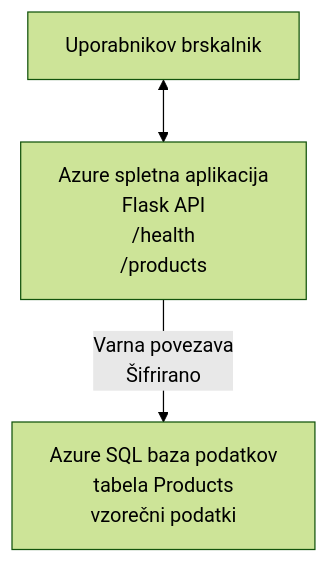
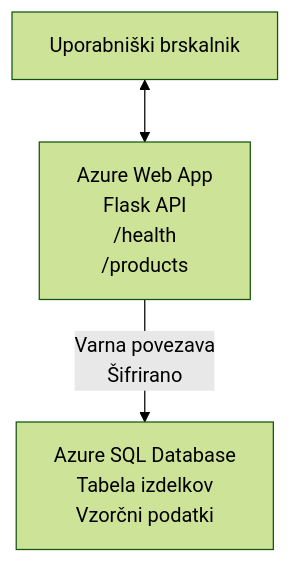
Before and after one commit to microsoft/AZD-for-beginners: the diagram in translations/sl/examples/database-app/README.md, drawn with Mermaid (forest theme). The commit also changed other lines of this file and 101 other files, not shown here.

````diff
--- a/translations/sl/examples/database-app/README.md
+++ b/translations/sl/examples/database-app/README.md
@@ -72,5 +72,5 @@
 ```mermaid
 graph TD
-    Browser[Uporabnikov brskalnik] <--> WebApp[Azure spletna aplikacija<br/>Flask API<br/>/health<br/>/products]
-    WebApp -- Varna povezava<br/>Šifrirano --> SQL[Azure SQL baza podatkov<br/>tabela Products<br/>vzorečni podatki]
+    Browser[Uporabniški brskalnik] <--> WebApp[Azure Web App<br/>Flask API<br/>/health<br/>/products]
+    WebApp -- Varna povezava<br/>Šifrirano --> SQL[Azure SQL Database<br/>Tabela izdelkov<br/>Vzorčni podatki]
 ```
````
